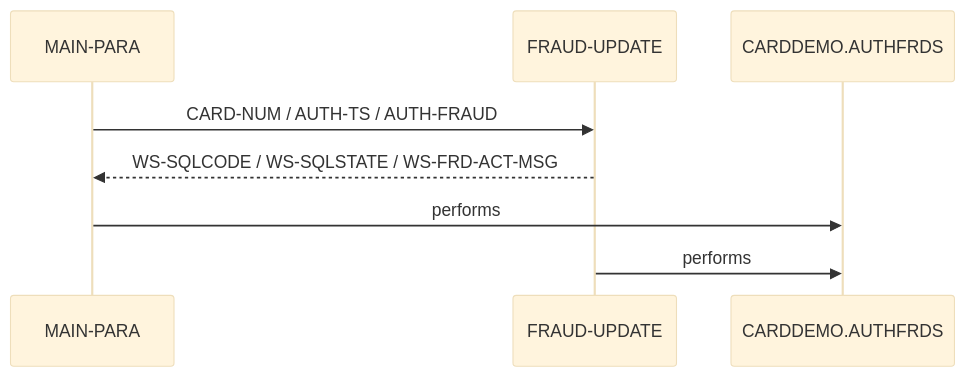
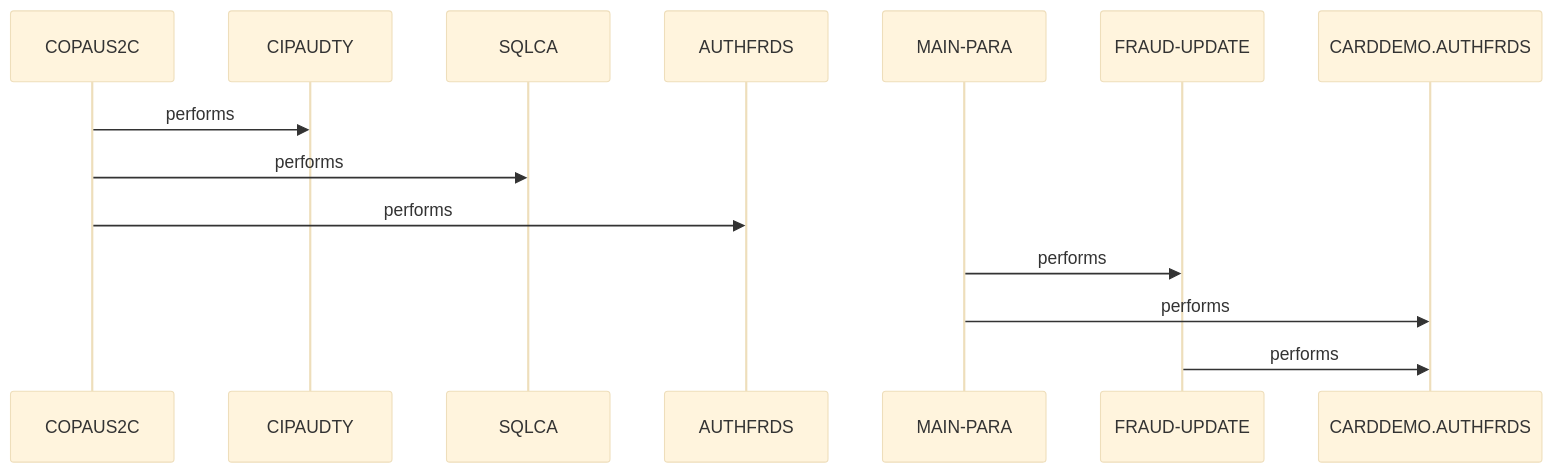
One commit to andrasfe/war_rig changed the second of 2 diagrams in example_output/cbl/COPAUS2C.cbl.md. Above: the diagram before and after it, drawn with Mermaid (base theme). The commit also changed other lines of this file and 264 other files, not shown here.

````diff
--- a/example_output/cbl/COPAUS2C.cbl.md
+++ b/example_output/cbl/COPAUS2C.cbl.md
@@ -61,10 +128,16 @@
 ```mermaid
 sequenceDiagram
+    participant COPAUS2C as COPAUS2C
+    participant CIPAUDTY as CIPAUDTY
+    participant SQLCA as SQLCA
+    participant AUTHFRDS as AUTHFRDS
     participant MAIN_PARA as MAIN-PARA
     participant FRAUD_UPDATE as FRAUD-UPDATE
     participant CARDDEMO_AUTHFRDS as CARDDEMO.AUTHFRDS
-    MAIN_PARA->>FRAUD_UPDATE: CARD-NUM / AUTH-TS / AUTH-FRAUD
-    FRAUD_UPDATE-->>MAIN_PARA: WS-SQLCODE / WS-SQLSTATE / WS-FRD-ACT-MSG
+    COPAUS2C->>CIPAUDTY: performs
+    COPAUS2C->>SQLCA: performs
+    COPAUS2C->>AUTHFRDS: performs
+    MAIN_PARA->>FRAUD_UPDATE: performs
     MAIN_PARA->>CARDDEMO_AUTHFRDS: performs
     FRAUD_UPDATE->>CARDDEMO_AUTHFRDS: performs
 ```
````
